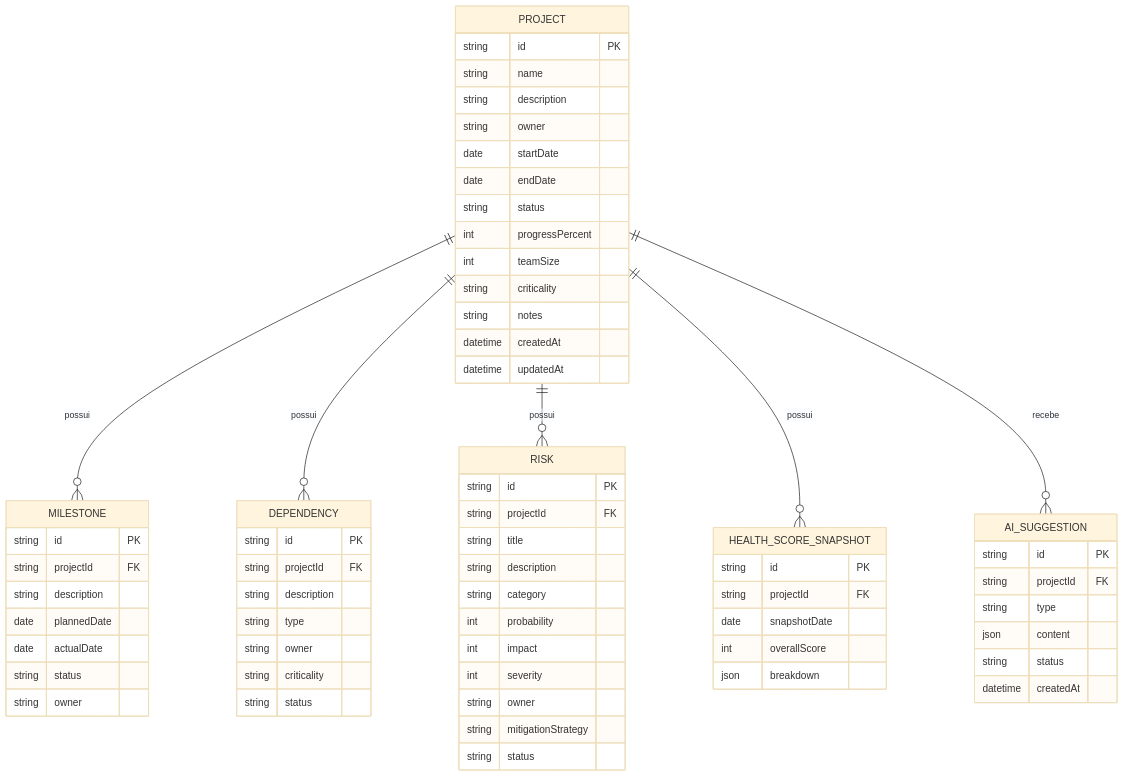
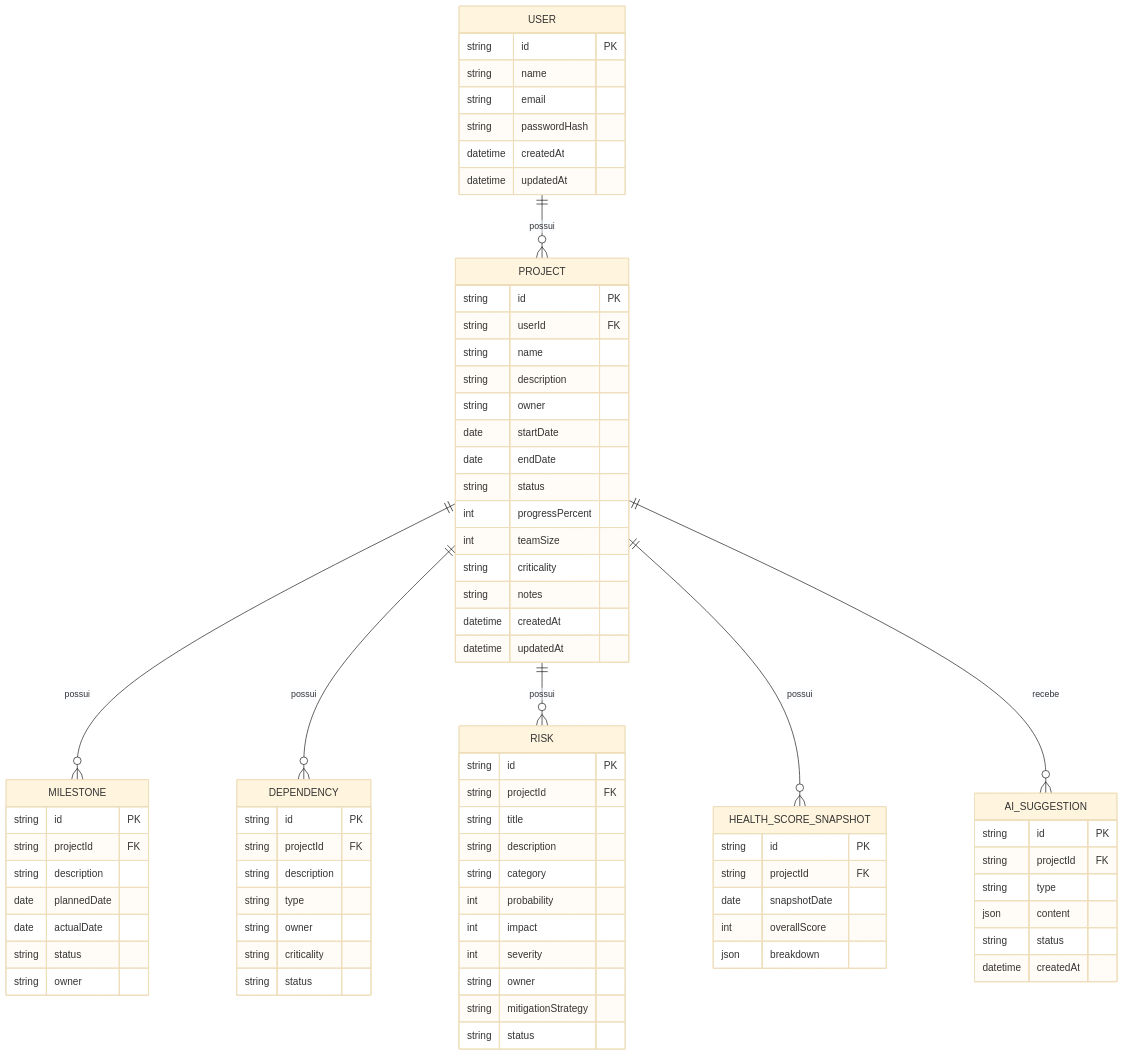
One commit to Murilo58/project-risk-ai changed the first of 2 diagrams in ARCHITECTURE.md. Above: the diagram before and after it, drawn with Mermaid (base theme). The commit also changed other lines of this file and 49 other files, not shown here.

````diff
--- a/ARCHITECTURE.md
+++ b/ARCHITECTURE.md
@@ -106,13 +107,24 @@
 ```mermaid
 erDiagram
+    USER ||--o{ PROJECT : possui
     PROJECT ||--o{ MILESTONE : possui
     PROJECT ||--o{ DEPENDENCY : possui
     PROJECT ||--o{ RISK : possui
     PROJECT ||--o{ HEALTH_SCORE_SNAPSHOT : possui
     PROJECT ||--o{ AI_SUGGESTION : recebe
 
+    USER {
+        string id PK
+        string name
+        string email
+        string passwordHash
+        datetime createdAt
+        datetime updatedAt
+    }
+
     PROJECT {
         string id PK
+        string userId FK
         string name
         string description
         string owner
````
